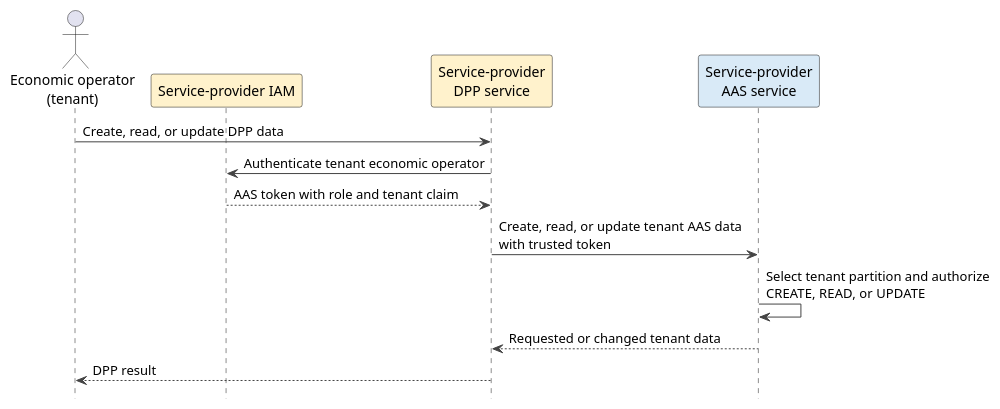
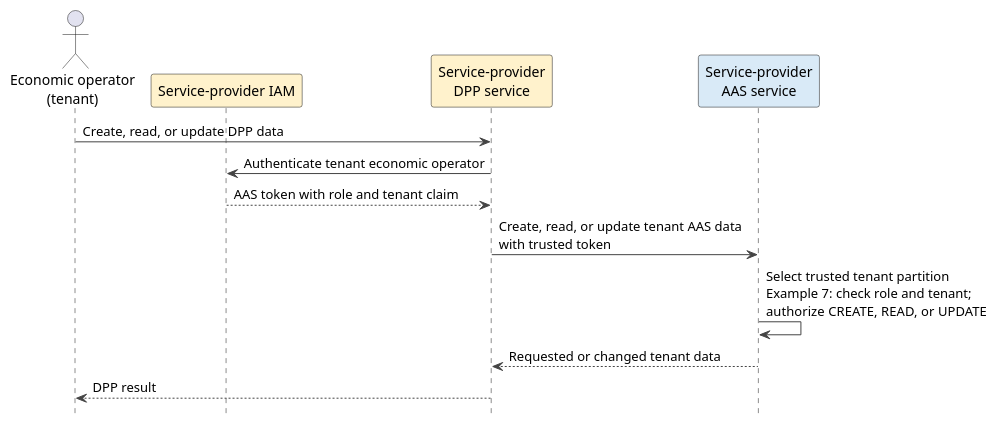
One commit to Martin187187/aas-specs-security changed the diagram in documentation/IDTA-01004/modules/ROOT/partials/diagrams/dpp-economic-operator-update.puml. Above: the diagram before and after it, drawn with PlantUML. The commit also changed 8 other files, not shown here.

```diff
--- a/documentation/IDTA-01004/modules/ROOT/partials/diagrams/dpp-economic-operator-update.puml
+++ b/documentation/IDTA-01004/modules/ROOT/partials/diagrams/dpp-economic-operator-update.puml
@@ -1,21 +1,21 @@
 @startuml
 ' Copyright (c) 2026 Industrial Digital Twin Association
 ' SPDX-License-Identifier: CC-BY-4.0
 
 skinparam shadowing false
 skinparam ArrowColor #444444
 hide footbox
 
 actor "Economic operator\n(tenant)" as User
 participant "Service-provider IAM" as IAM #FFF2CC
 participant "Service-provider\nDPP service" as DPP #FFF2CC
 participant "Service-provider\nAAS service" as AAS #D9EAF7
 
 User -> DPP : Create, read, or update DPP data
 DPP -> IAM : Authenticate tenant economic operator
 IAM --> DPP : AAS token with role and tenant claim
 DPP -> AAS : Create, read, or update tenant AAS data\nwith trusted token
-AAS -> AAS : Select tenant partition and authorize\nCREATE, READ, or UPDATE
+AAS -> AAS : Select trusted tenant partition\nExample 7: check role and tenant;\nauthorize CREATE, READ, or UPDATE
 AAS --> DPP : Requested or changed tenant data
 DPP --> User : DPP result
 @enduml
```
